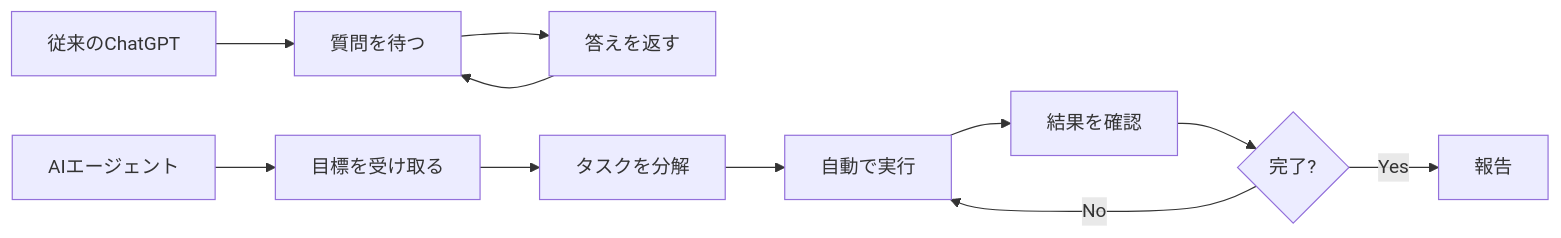
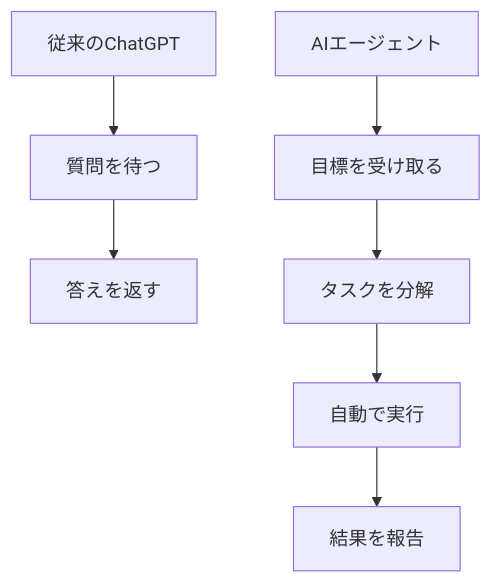
The first of 2 diagrams in book/pages/AIエージェントとは.md (cyber-freaks-jp/AI_Driven_Development_Course), drawn with Mermaid before and after one commit. The commit also changed other lines of this file, not shown here.

````diff
--- a/book/pages/AIエージェントとは.md
+++ b/book/pages/AIエージェントとは.md
@@ -41,14 +41,10 @@
 ```mermaid
-graph LR
+graph TD
     A[従来のChatGPT] --> B[質問を待つ]
     B --> C[答えを返す]
-    C --> B
 
     D[AIエージェント] --> E[目標を受け取る]
     E --> F[タスクを分解]
     F --> G[自動で実行]
-    G --> H[結果を確認]
-    H --> I{完了?}
-    I -->|No| G
-    I -->|Yes| J[報告]
+    G --> H[結果を報告]
 ```
````
